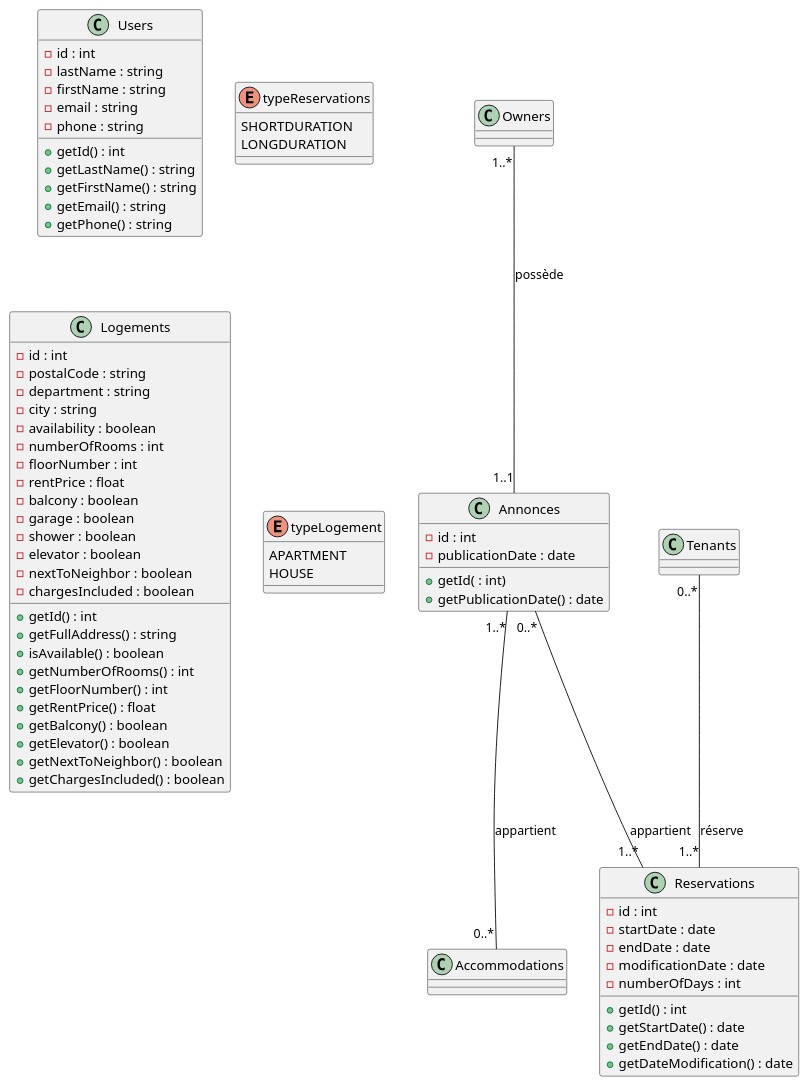
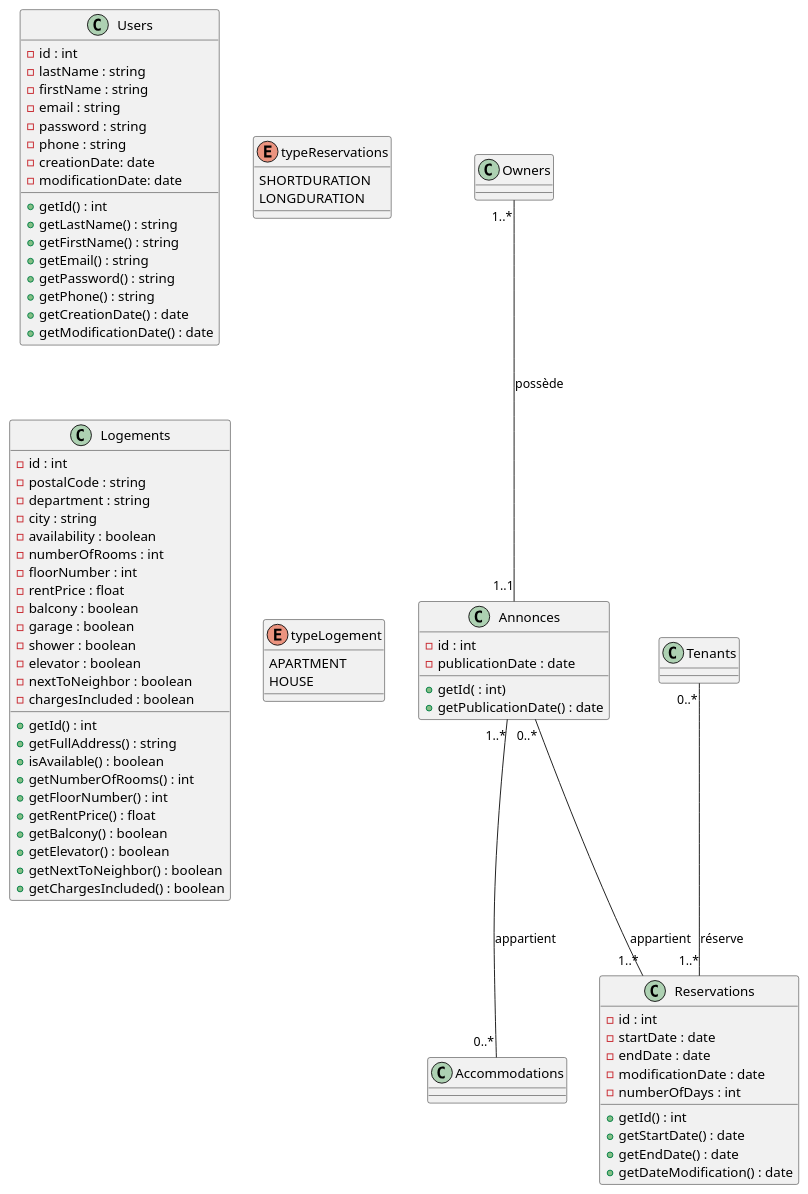
The diagram in class.wsd (souvanc/DIAGRAMMEETNA), drawn with PlantUML before and after one commit.

Commit message:
"Ajout du password, creationDate et modificationDate"

```diff
--- a/class.wsd
+++ b/class.wsd
@@ -1,83 +1,89 @@
 @startuml DIAGRAMMECLASS
 
   class Users {
   - id : int
   - lastName : string
   - firstName : string
   - email : string
+  - password : string
   - phone : string
+  - creationDate: date
+  - modificationDate: date
 
   + getId() : int
   + getLastName() : string
   + getFirstName() : string
   + getEmail() : string
+  + getPassword() : string
   + getPhone() : string
+  + getCreationDate() : date
+  + getModificationDate() : date
 }
 
 class Reservations {
   - id : int
   - startDate : date
   - endDate : date
   - modificationDate : date
   - numberOfDays : int
 
   + getId() : int
   + getStartDate() : date
   + getEndDate() : date
   + getDateModification() : date
 }
 enum typeReservations {
   SHORTDURATION
   LONGDURATION
 }
 
 class Annonces {
   - id : int
   - publicationDate : date
 
   + getId( : int)
   + getPublicationDate() : date
 }
 
 class Logements {
   - id : int
   - postalCode : string
   - department : string
   - city : string
   - availability : boolean
   - numberOfRooms : int
   - floorNumber : int
   - rentPrice : float
   - balcony : boolean
   - garage : boolean
   - shower : boolean
   - elevator : boolean
   - nextToNeighbor : boolean
   - chargesIncluded : boolean
   
   + getId() : int
   + getFullAddress() : string
   + isAvailable() : boolean
   + getNumberOfRooms() : int
   + getFloorNumber() : int
   + getRentPrice() : float
   + getBalcony() : boolean
   + getElevator() : boolean
   + getNextToNeighbor() : boolean
   + getChargesIncluded() : boolean
   }
 
 enum typeLogement {
   APARTMENT
   HOUSE
 }
 
 Tenants"0..*" -- "1..*"Reservations: réserve
 Owners"1..*" -- "1..1"Annonces: possède
 Annonces"0..*" -- "1..*"Reservations: appartient
 Annonces"1..*" -- "0..*"Accommodations: appartient
 
 
 
     
 @enduml
```
